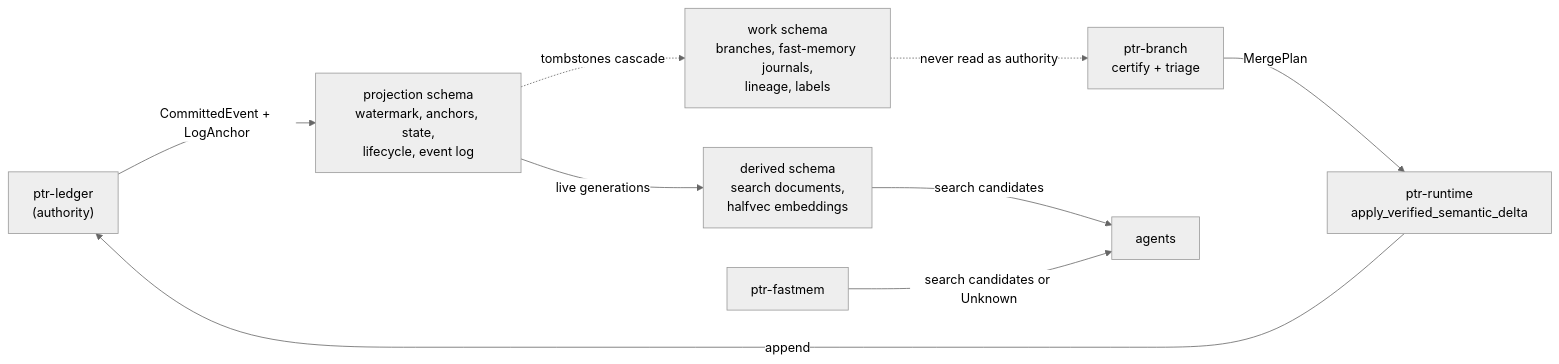
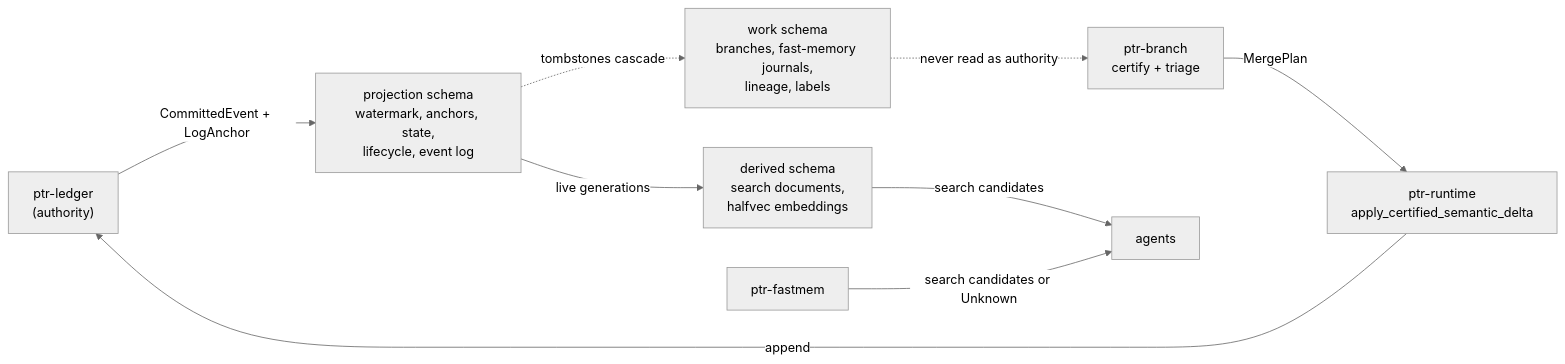
Before and after one commit to xrey167/PTR: the diagram in docs/architecture/35-agentic-substrate.md, drawn with Mermaid (neutral theme). The commit also changed other lines of this file and 16 other files, not shown here.

````diff
--- a/docs/architecture/35-agentic-substrate.md
+++ b/docs/architecture/35-agentic-substrate.md
@@ -44,11 +44,11 @@
 ```mermaid
 flowchart LR
     L["ptr-ledger\n(authority)"] -->|"CommittedEvent + LogAnchor"| P["projection schema\nwatermark, anchors, state,\nlifecycle, event log"]
     P -->|"live generations"| D["derived schema\nsearch documents,\nhalfvec embeddings"]
     P -. "tombstones cascade" .-> W["work schema\nbranches, fast-memory journals,\nlineage, labels"]
-    B["ptr-branch\ncertify + triage"] -->|"MergePlan"| R["ptr-runtime\napply_verified_semantic_delta"]
+    B["ptr-branch\ncertify + triage"] -->|"MergePlan"| R["ptr-runtime\napply_certified_semantic_delta"]
     R -->|"append"| L
     W -. "never read as authority" .-> B
     D -->|"search candidates"| A["agents"]
     F["ptr-fastmem"] -->|"search candidates or Unknown"| A
 ```
````
